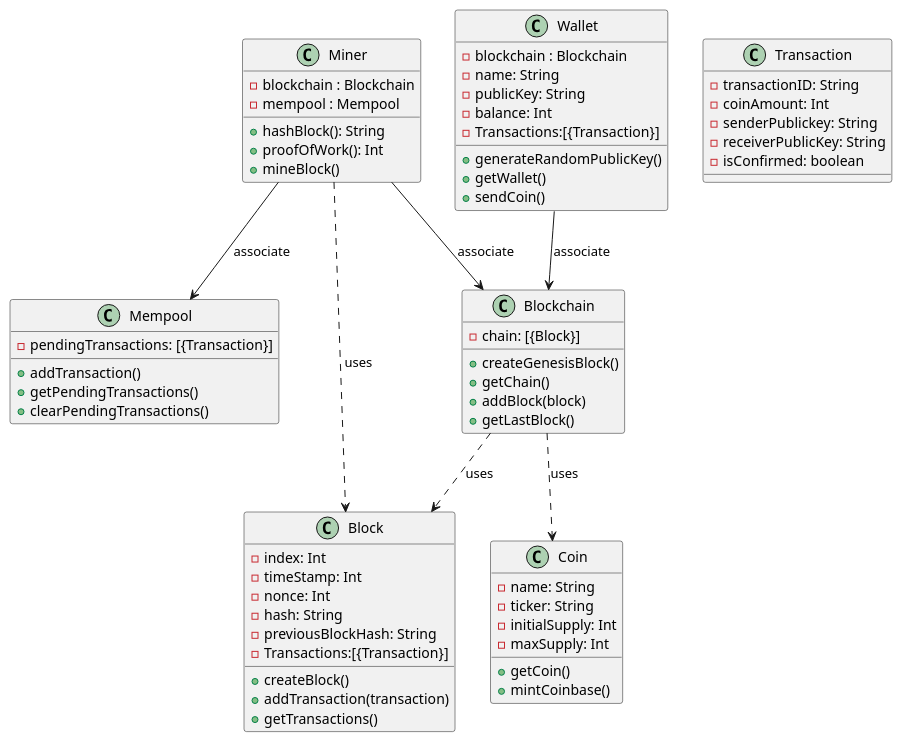
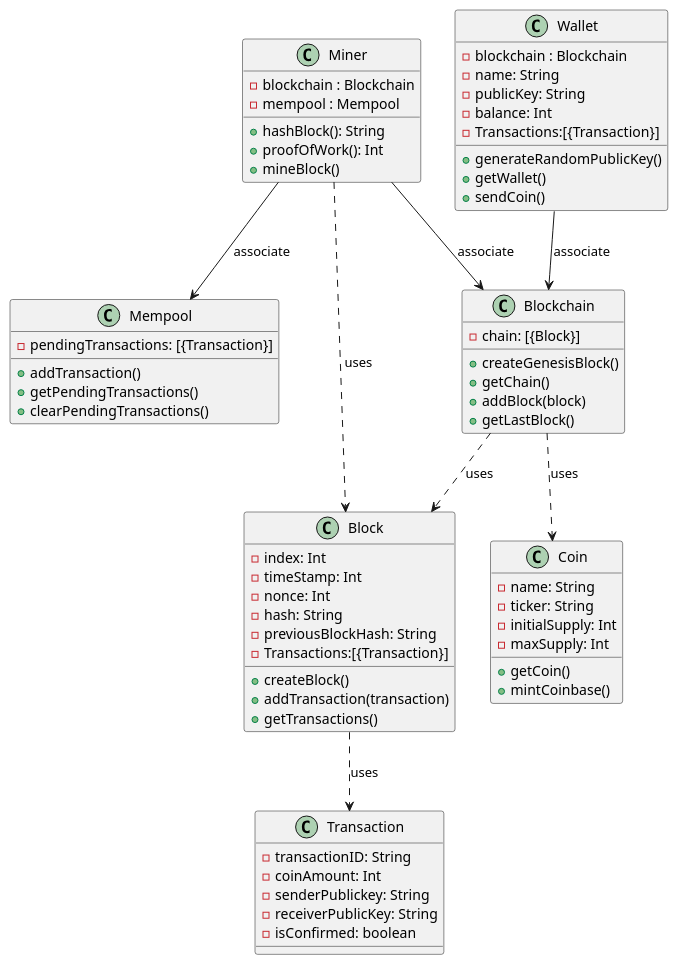
One commit to valleria-web/prototype changed the diagram in prototipov1.plantuml. Above: the diagram before and after it, drawn with PlantUML. The commit also changed 6 other files, not shown here.

```diff
--- a/prototipov1.plantuml
+++ b/prototipov1.plantuml
@@ -1,74 +1,75 @@
 @startuml prototipov1
 
 class Blockchain{
     - chain: [{Block}]
     + createGenesisBlock()
     + getChain()
     + addBlock(block)
     + getLastBlock()
 }
 
 class Miner {
     - blockchain : Blockchain
     - mempool : Mempool
     + hashBlock(): String
     + proofOfWork(): Int
     + mineBlock()
 }
 
 class Mempool{
     - pendingTransactions: [{Transaction}]
     + addTransaction()
     + getPendingTransactions()
     + clearPendingTransactions()
 
 }
 
 class Block{
     - index: Int 
     - timeStamp: Int 
     - nonce: Int
     - hash: String 
     - previousBlockHash: String
     - Transactions:[{Transaction}]
     + createBlock()
     + addTransaction(transaction)
     + getTransactions()
 }
 
 class Transaction{
     - transactionID: String 
     - coinAmount: Int 
     - senderPublickey: String
     - receiverPublicKey: String
     - isConfirmed: boolean
 }
 
 class Wallet{
     - blockchain : Blockchain
     - name: String
     - publicKey: String
     - balance: Int
     - Transactions:[{Transaction}]
     + generateRandomPublicKey()
     + getWallet()
     + sendCoin()
 }
 
 class Coin{
     - name: String
     - ticker: String 
     - initialSupply: Int
     - maxSupply: Int
     + getCoin()
     + mintCoinbase()
 }
 
 Miner ..> Block : uses
 Miner --> Blockchain : associate
 Miner --> Mempool : associate
 Wallet --> Blockchain : associate
 Blockchain ..> Block : uses
 Blockchain ..> Coin : uses
+Block ..> Transaction : uses
 
 @enduml
```
